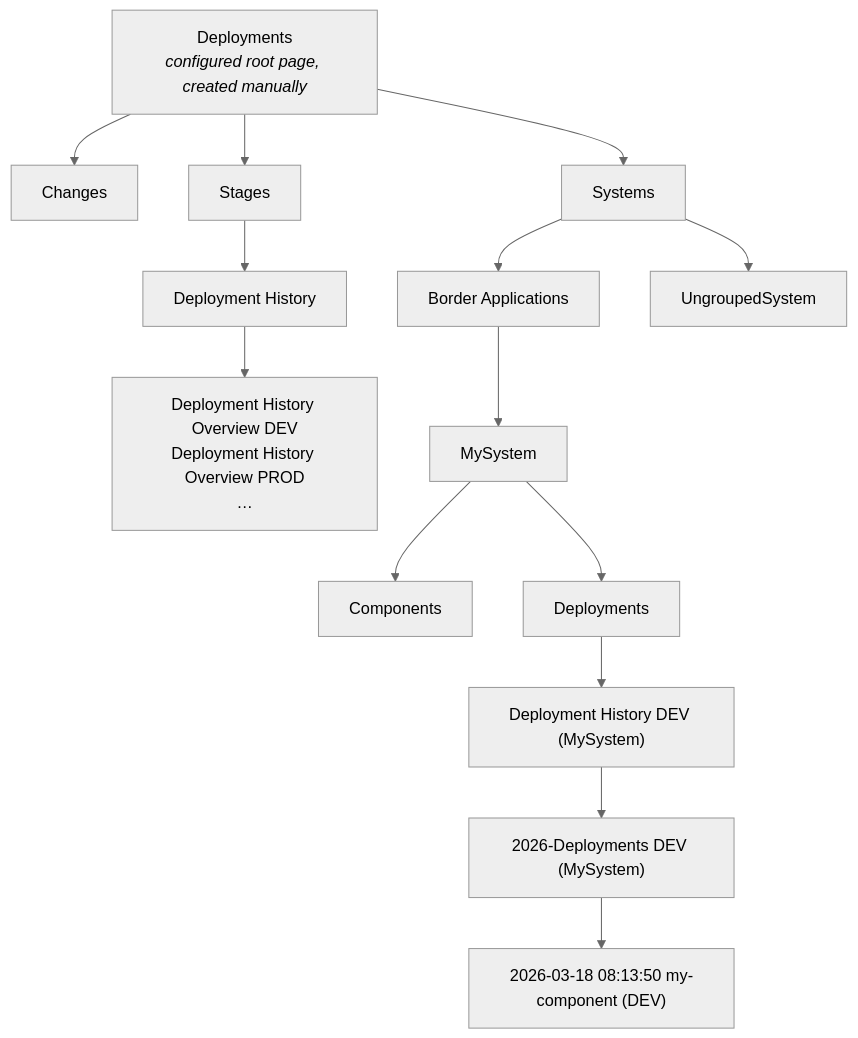
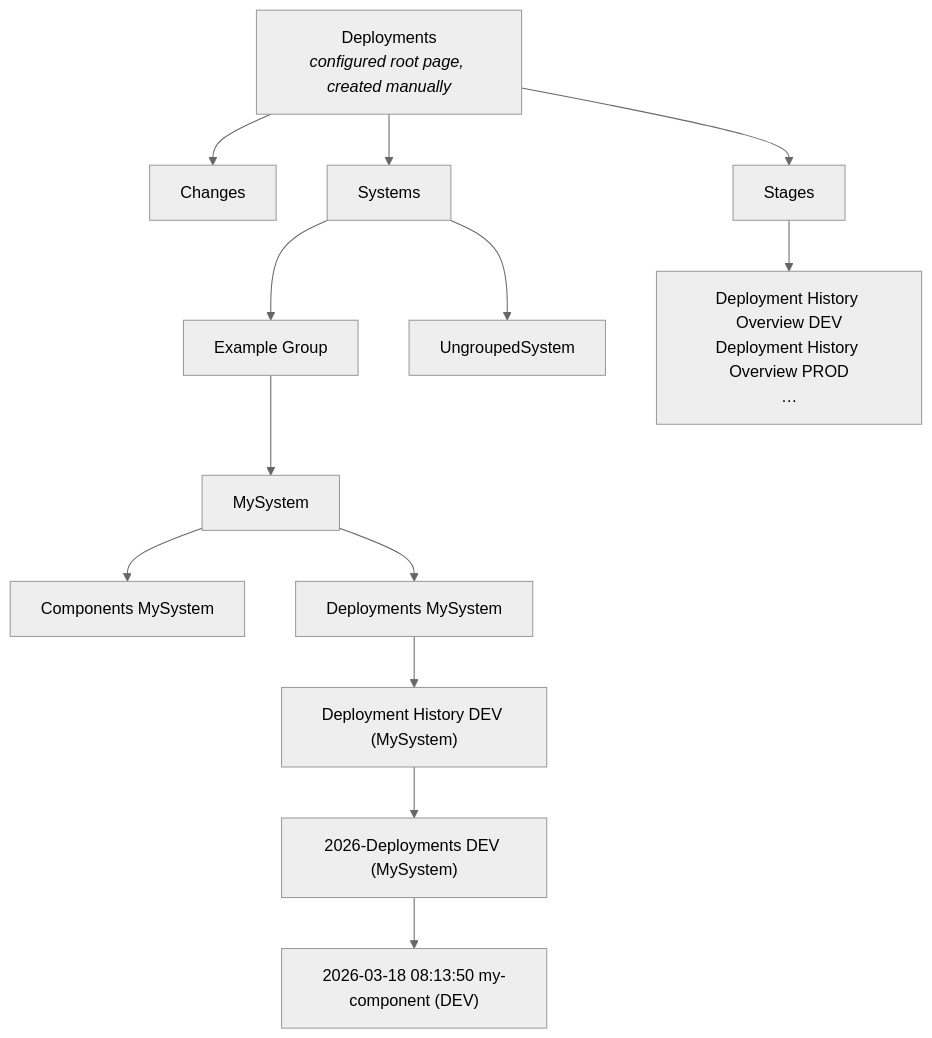
One commit to jeap-admin-ch/jeap-deploymentlog-service changed the first of 2 diagrams in docs/documentation-generation.md. Above: the diagram before and after it, drawn with Mermaid (neutral theme). The commit also changed other lines of this file and 16 other files, not shown here.

````diff
--- a/docs/documentation-generation.md
+++ b/docs/documentation-generation.md
@@ -9,31 +9,29 @@
 ```mermaid
 flowchart TD
   Root["Deployments<br/><i>configured root page, created manually</i>"]
   Changes["Changes"]
   Systems["Systems"]
-  Group["Border Applications"]
-  Components["Components"]
-  SystemDeployments["Deployments"]
+  Group["Example Group"]
+  Components["Components MySystem"]
+  SystemDeployments["Deployments MySystem"]
   Stages["Stages"]
-  Overview["Deployment History"]
   OverviewEnv["Deployment History Overview DEV<br/>Deployment History Overview PROD<br/>…"]
   Sys["MySystem"]
   Ungrouped["UngroupedSystem"]
   Hist["Deployment History DEV (MySystem)"]
   List["2026-Deployments DEV (MySystem)"]
   Letter["2026-03-18 08:13:50 my-component (DEV)"]
 
   Root --> Changes
   Root --> Systems
   Systems --> Group
   Group --> Sys
   Systems --> Ungrouped
   Sys --> Components
   Sys --> SystemDeployments
   SystemDeployments --> Hist
   Root --> Stages
-  Stages --> Overview
-  Overview --> OverviewEnv
+  Stages --> OverviewEnv
   Hist --> List
   List --> Letter
 ```
````
